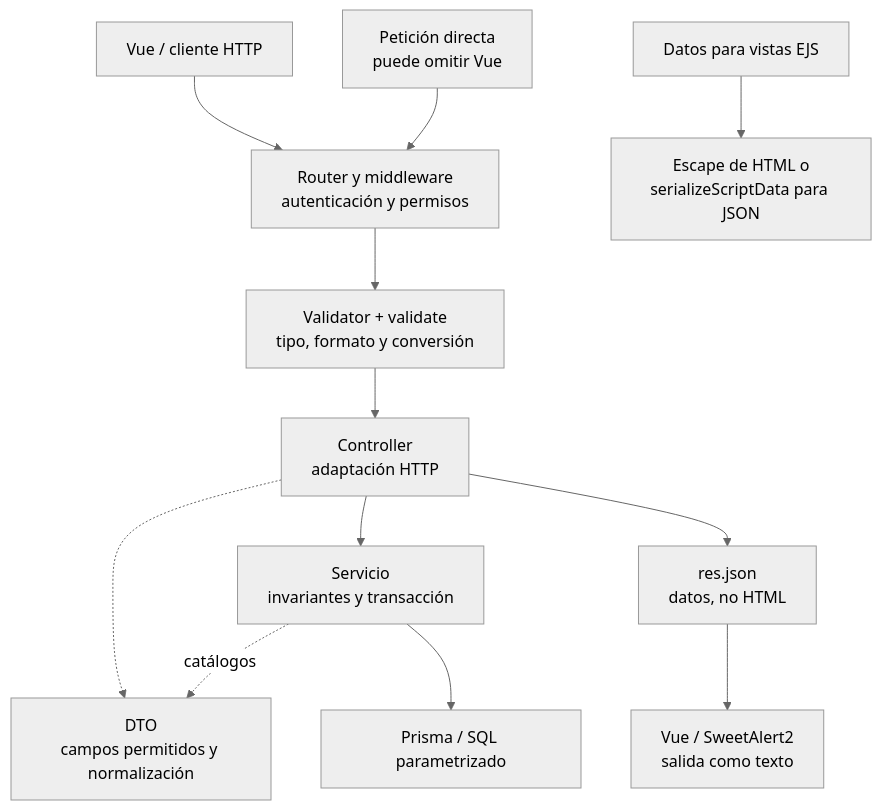
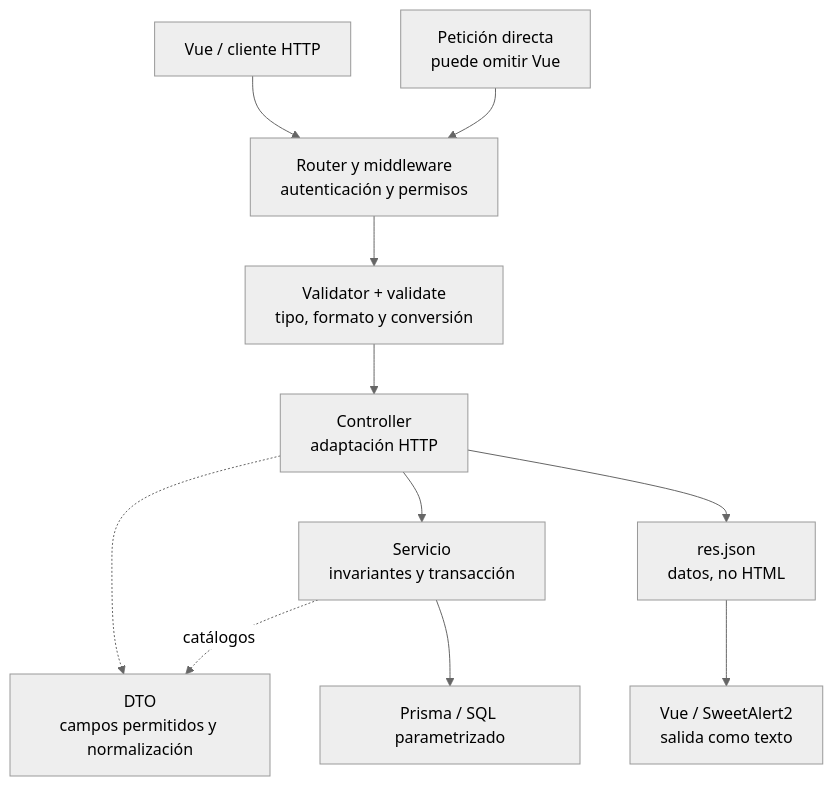
Before and after one commit to gpgsistemas01/nexus: the diagram in back/docs/architecture/coding-standards/09-errors-security-audit-and-logging.md, drawn with Mermaid (neutral theme). The commit also changed other lines of this file and 956 other files, not shown here.

````diff
--- a/back/docs/architecture/coding-standards/09-errors-security-audit-and-logging.md
+++ b/back/docs/architecture/coding-standards/09-errors-security-audit-and-logging.md
@@ -86,14 +83,13 @@
 ```mermaid
 flowchart TB
     ui["Vue / cliente HTTP"] --> route["Router y middleware<br/>autenticación y permisos"]
     direct["Petición directa<br/>puede omitir Vue"] --> route
     route --> validator["Validator + validate<br/>tipo, formato y conversión"]
     validator --> controller["Controller<br/>adaptación HTTP"]
     controller --> service["Servicio<br/>invariantes y transacción"]
     controller -.-> dto["DTO<br/>campos permitidos y normalización"]
     service -.->|catálogos| dto
     service --> db["Prisma / SQL parametrizado"]
     controller --> json["res.json<br/>datos, no HTML"]
     json --> text["Vue / SweetAlert2<br/>salida como texto"]
-    legacy["Datos para vistas EJS"] --> output["Escape de HTML o<br/>serializeScriptData para JSON"]
 ```
````
